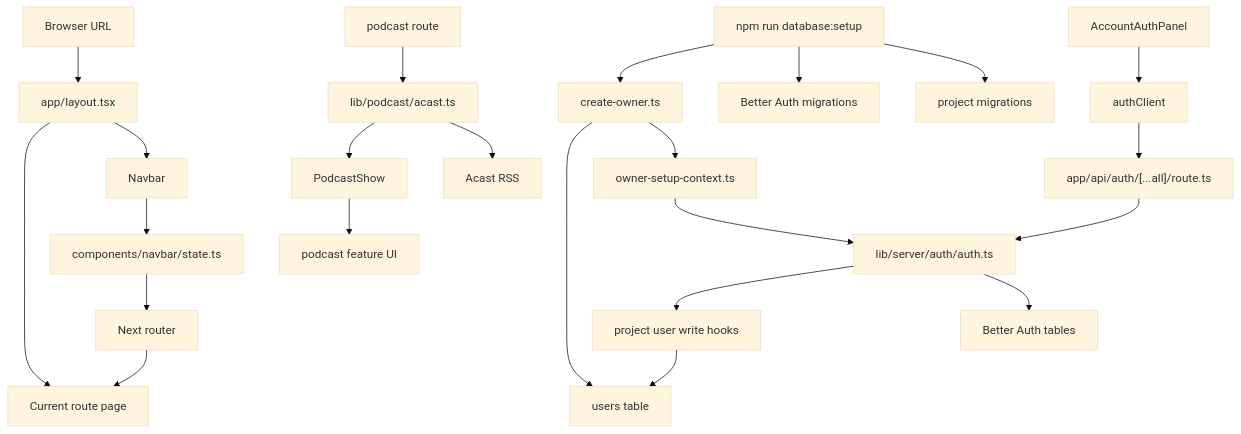
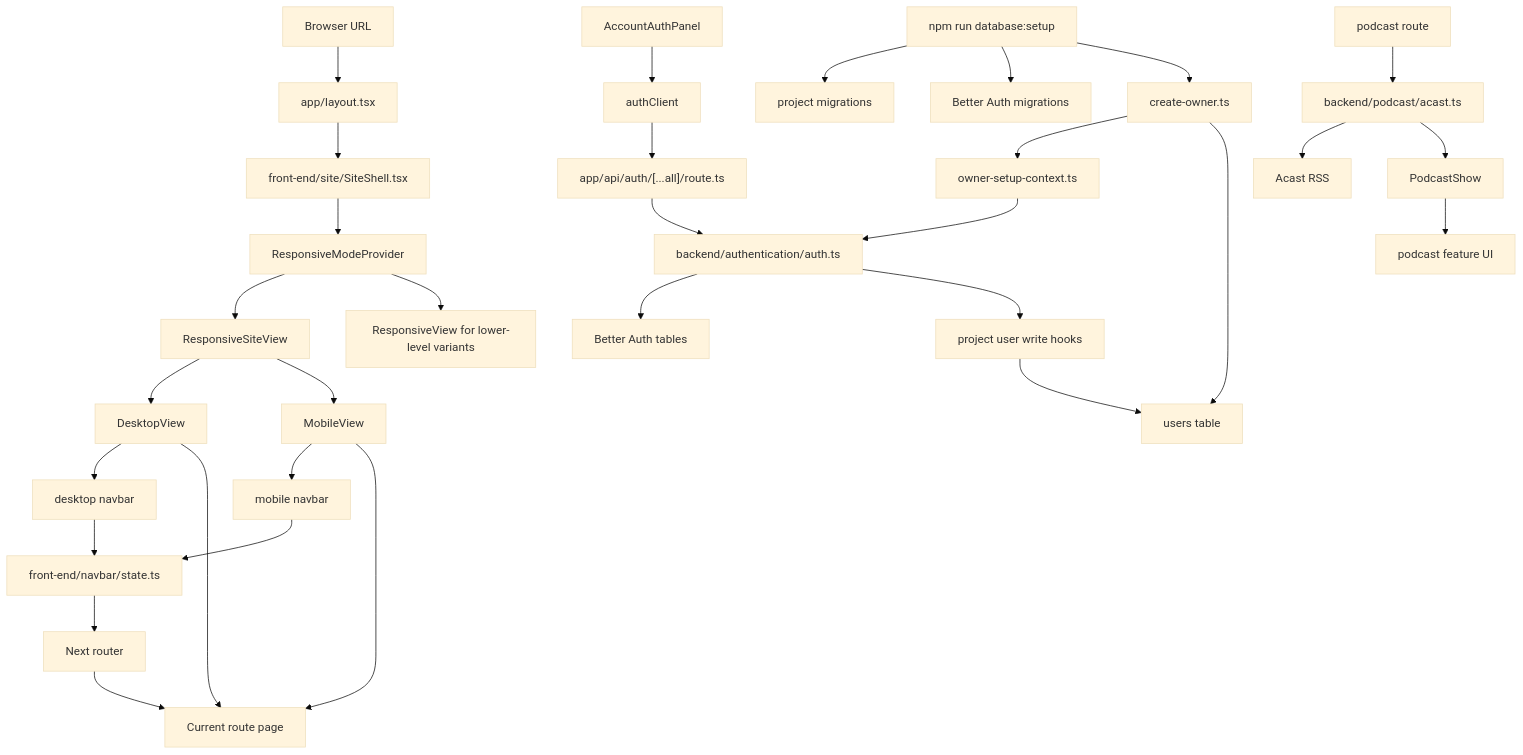
The diagram in PROJECT_LEARNING_FLOW.md (bucketb0t/Earth_In_Sound), drawn with Mermaid (base theme) before and after one commit. The commit also changed other lines of this file and 119 other files, not shown here.

````diff
--- a/PROJECT_LEARNING_FLOW.md
+++ b/PROJECT_LEARNING_FLOW.md
@@ -31,29 +44,38 @@
 ```mermaid
 flowchart TD
   Browser["Browser URL"] --> Layout["app/layout.tsx"]
-  Layout --> Navbar["Navbar"]
-  Layout --> Page["Current route page"]
+  Layout --> SiteShell["front-end/site/SiteShell.tsx"]
+  SiteShell --> ResponsiveProvider["ResponsiveModeProvider"]
+  ResponsiveProvider --> ResponsiveSiteView["ResponsiveSiteView"]
+  ResponsiveSiteView --> DesktopView["DesktopView"]
+  ResponsiveSiteView --> MobileView["MobileView"]
+  DesktopView --> DesktopNavbar["desktop navbar"]
+  MobileView --> MobileNavbar["mobile navbar"]
+  DesktopView --> Page["Current route page"]
+  MobileView --> Page
 
-  Navbar --> NavbarState["components/navbar/state.ts"]
+  ResponsiveProvider --> ResponsiveView["ResponsiveView for lower-level variants"]
+  DesktopNavbar --> NavbarState["front-end/navbar/state.ts"]
+  MobileNavbar --> NavbarState
   NavbarState --> Router["Next router"]
   Router --> Page
 
   AccountUI["AccountAuthPanel"] --> AuthClient["authClient"]
   AuthClient --> AuthApi["app/api/auth/[...all]/route.ts"]
-  AuthApi --> AuthConfig["lib/server/auth/auth.ts"]
+  AuthApi --> AuthConfig["backend/authentication/auth.ts"]
   AuthConfig --> BetterAuthTables["Better Auth tables"]
   AuthConfig --> UserWrites["project user write hooks"]
   UserWrites --> UsersTable["users table"]
 
   Setup["npm run database:setup"] --> ProjectMigrations["project migrations"]
   Setup --> AuthMigrations["Better Auth migrations"]
   Setup --> OwnerScript["create-owner.ts"]
   OwnerScript --> OwnerContext["owner-setup-context.ts"]
   OwnerContext --> AuthConfig
   OwnerScript --> UsersTable
 
-  PodcastRoute["podcast route"] --> AcastParser["lib/podcast/acast.ts"]
+  PodcastRoute["podcast route"] --> AcastParser["backend/podcast/acast.ts"]
   AcastParser --> Feed["Acast RSS"]
   AcastParser --> PodcastShow["PodcastShow"]
   PodcastShow --> PodcastUI["podcast feature UI"]
 ```
````
